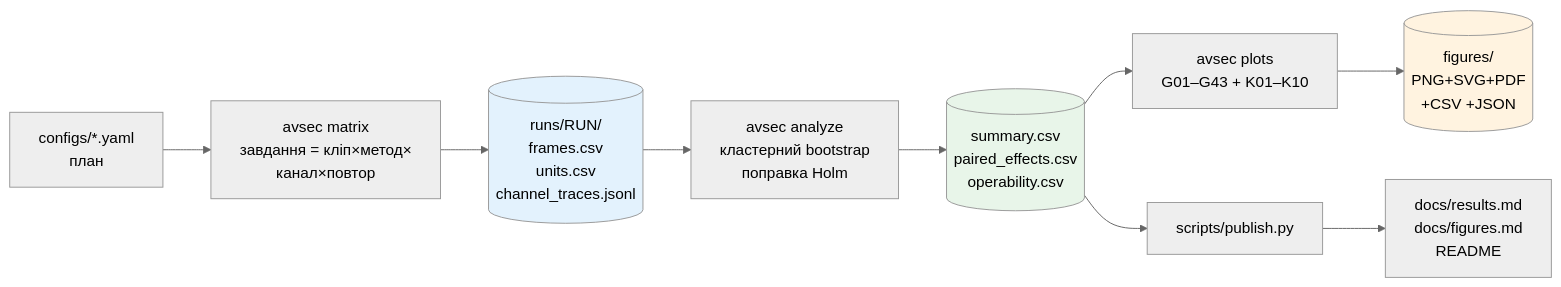
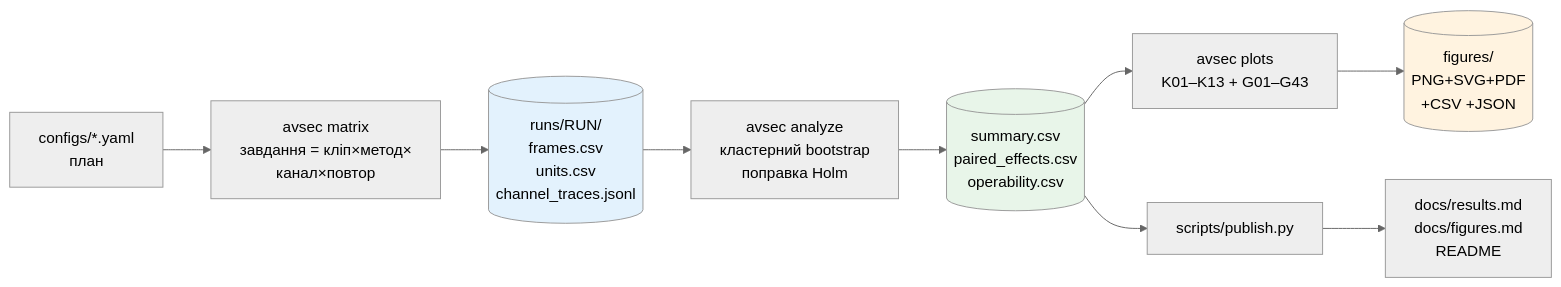
The sixth of 6 diagrams in README.md (RE22GDV/avsec), drawn with Mermaid (neutral theme) before and after one commit. The commit also changed other lines of this file and 1 other file, not shown here.

````diff
--- a/README.md
+++ b/README.md
@@ -344,14 +346,14 @@
 ```mermaid
 flowchart LR
     P["configs/*.yaml<br/>план"] --> M["avsec matrix<br/>завдання = кліп×метод×<br/>канал×повтор"]
     M --> RAW[("runs/RUN/<br/>frames.csv<br/>units.csv<br/>channel_traces.jsonl")]
     RAW --> A["avsec analyze<br/>кластерний bootstrap<br/>поправка Holm"]
     A --> TAB[("summary.csv<br/>paired_effects.csv<br/>operability.csv")]
-    TAB --> F["avsec plots<br/>G01–G43 + K01–K10"]
+    TAB --> F["avsec plots<br/>K01–K13 + G01–G43"]
     TAB --> PUB["scripts/publish.py"]
     F --> FIG[("figures/<br/>PNG+SVG+PDF<br/>+CSV +JSON")]
     PUB --> DOC["docs/results.md<br/>docs/figures.md<br/>README"]
     style RAW fill:#e3f2fd
     style TAB fill:#e8f5e9
     style FIG fill:#fff3e0
 ```
````
